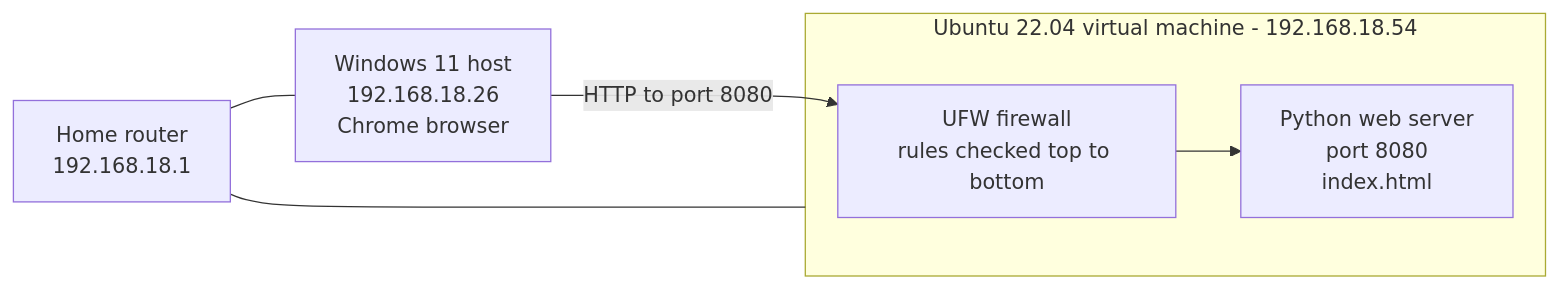
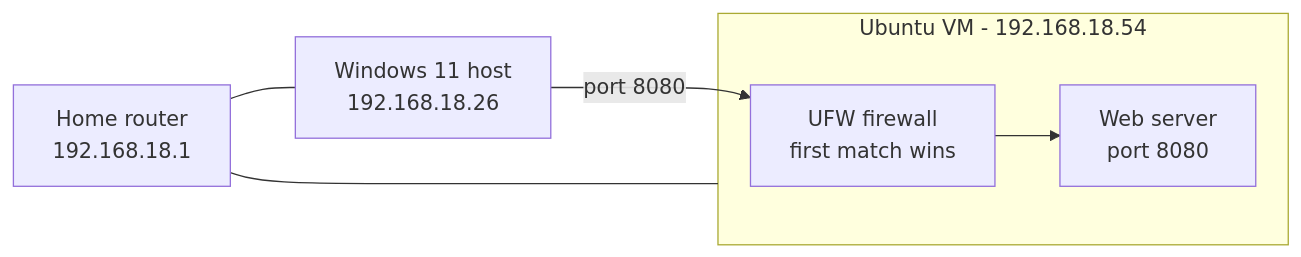
One commit to MuhammadAun-gif/UFW-Firewall-Lab changed the diagram in README.md. Above: the diagram before and after it, drawn with Mermaid.

````diff
--- a/README.md
+++ b/README.md
@@ -47,9 +47,9 @@
 ```mermaid
 flowchart LR
-    W["Windows 11 host<br/>192.168.18.26<br/>Chrome browser"] -- "HTTP to port 8080" --> F
-    subgraph VM["Ubuntu 22.04 virtual machine - 192.168.18.54"]
-        F["UFW firewall<br/>rules checked top to bottom"] --> S["Python web server<br/>port 8080<br/>index.html"]
+    W["Windows 11 host<br/>192.168.18.26"] -- "port 8080" --> F
+    subgraph VM["Ubuntu VM - 192.168.18.54"]
+        F["UFW firewall<br/>first match wins"] --> S["Web server<br/>port 8080"]
     end
     R["Home router<br/>192.168.18.1"] --- W
     R --- VM
 ```
````
